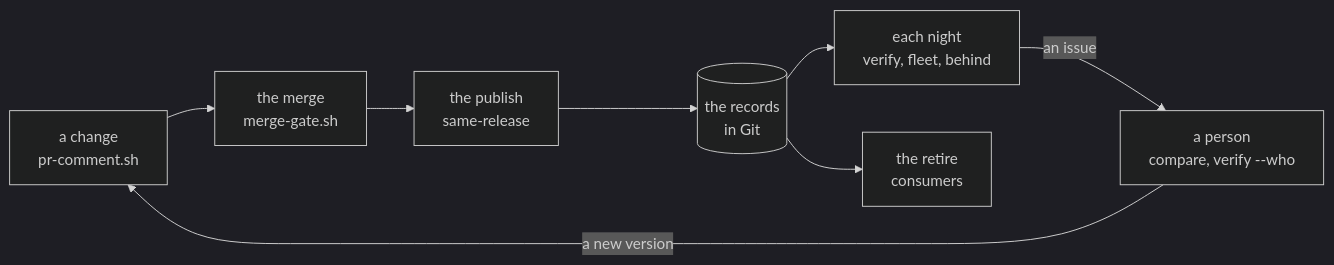
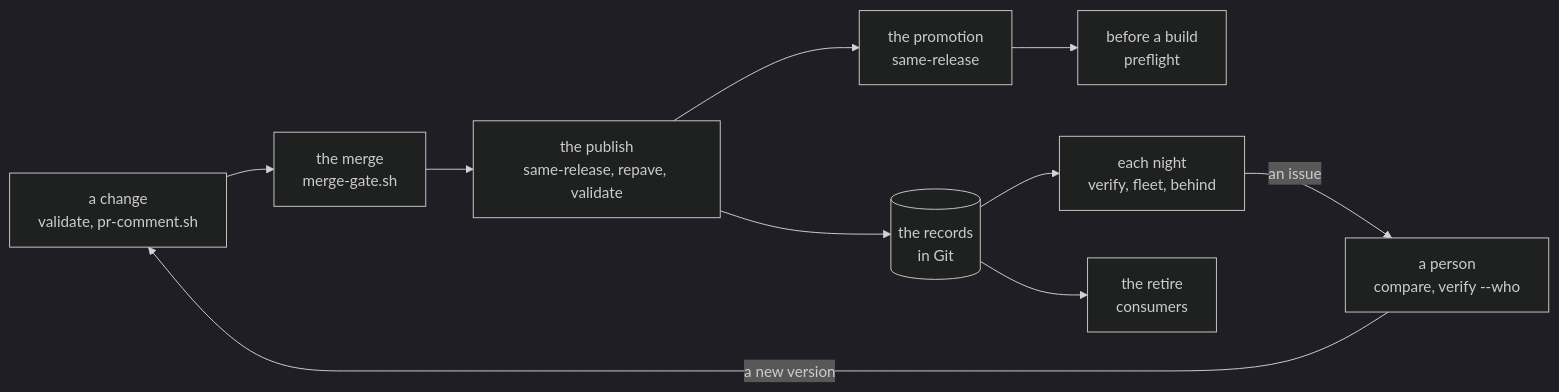
The diagram in docs/src/loop.md (como-technologies/strata), drawn with Mermaid (dark theme) before and after one commit. The commit also changed other lines of this file and 22 other files, not shown here.

First line of the commit message:
The everyday loop shows the asks of Palette about a move, and preflight before a build

````diff
--- a/docs/src/loop.md
+++ b/docs/src/loop.md
@@ -29,10 +30,12 @@
 ```mermaid
 flowchart LR
-  change["a change<br/>pr-comment.sh"] --> merge["the merge<br/>merge-gate.sh"]
-  merge --> publish["the publish<br/>same-release"]
+  change["a change<br/>validate, pr-comment.sh"] --> merge["the merge<br/>merge-gate.sh"]
+  merge --> publish["the publish<br/>same-release, repave, validate"]
   publish --> record[("the records<br/>in Git")]
+  publish --> promote["the promotion<br/>same-release"]
+  promote --> build["before a build<br/>preflight"]
   record --> nightly["each night<br/>verify, fleet, behind"]
   nightly -- "an issue" --> person["a person<br/>compare, verify --who"]
   person -- "a new version" --> change
   record --> retire["the retire<br/>consumers"]
 ```
````
